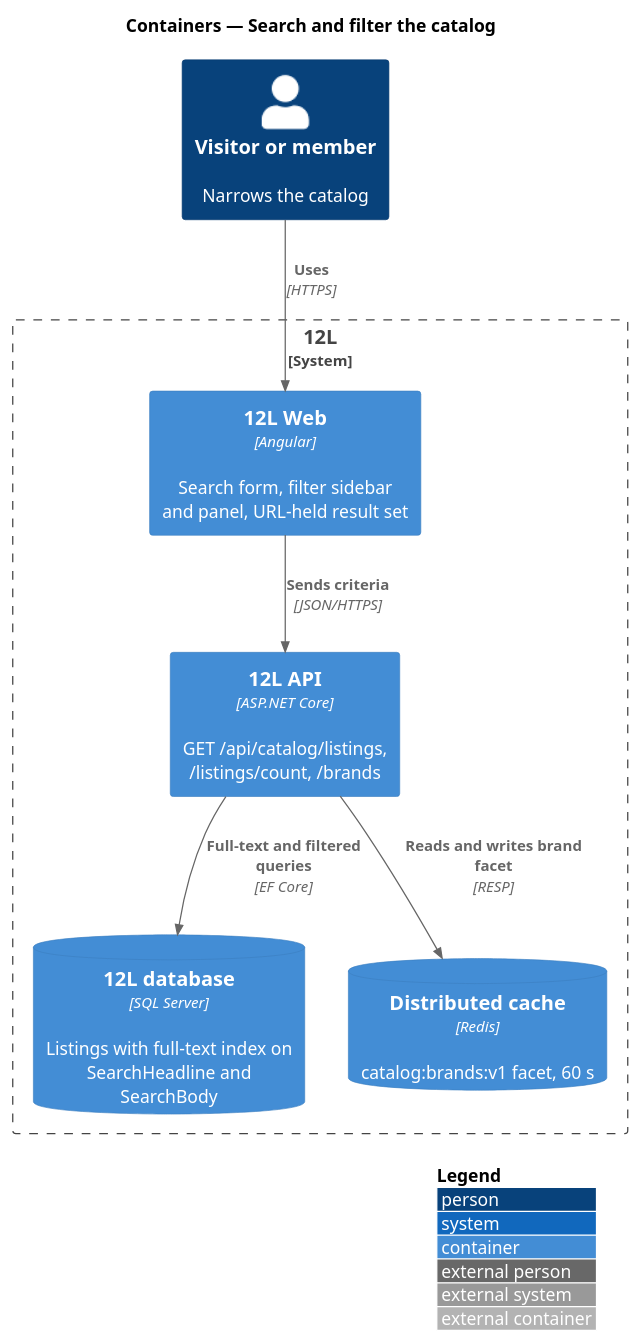
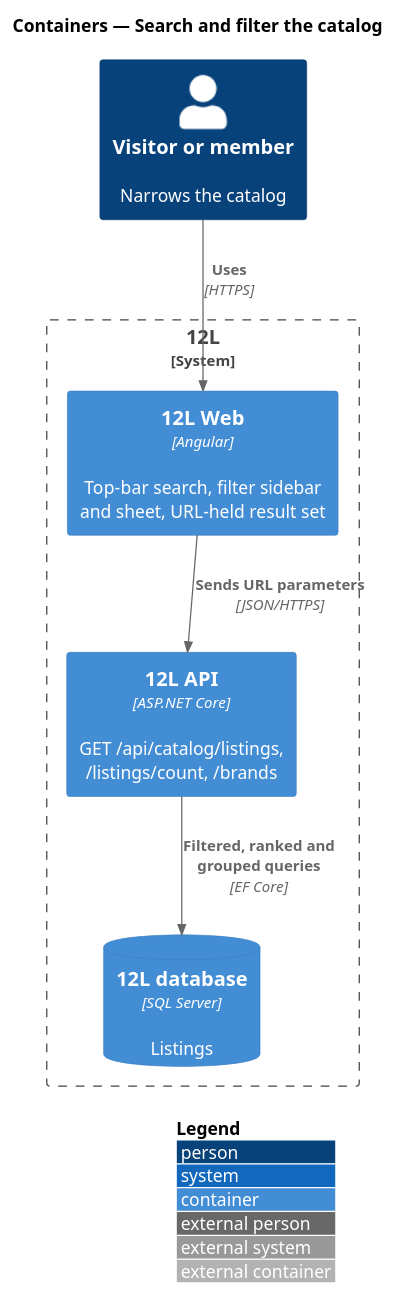
Before and after one commit to QuinntyneBrown/12l: the diagram in docs/detailed-designs/catalog/search-and-filter-catalog/diagrams/c4-container.puml, drawn with PlantUML. The commit also changed 67 other files, not shown here.

Commit message:
Document search-and-filter-catalog: design, ADR, design system, composition, L2, estimates

```diff
--- a/docs/detailed-designs/catalog/search-and-filter-catalog/diagrams/c4-container.puml
+++ b/docs/detailed-designs/catalog/search-and-filter-catalog/diagrams/c4-container.puml
@@ -1,17 +1,15 @@
 @startuml
 !include <C4/C4_Container>
 LAYOUT_WITH_LEGEND()
 title Containers — Search and filter the catalog
 
 Person(visitor, "Visitor or member", "Narrows the catalog")
 System_Boundary(twelvel, "12L") {
-  Container(web, "12L Web", "Angular", "Search form, filter sidebar and panel, URL-held result set")
+  Container(web, "12L Web", "Angular", "Top-bar search, filter sidebar and sheet, URL-held result set")
   Container(api, "12L API", "ASP.NET Core", "GET /api/catalog/listings, /listings/count, /brands")
-  ContainerDb(db, "12L database", "SQL Server", "Listings with full-text index on SearchHeadline and SearchBody")
-  ContainerDb(cache, "Distributed cache", "Redis", "catalog:brands:v1 facet, 60 s")
+  ContainerDb(db, "12L database", "SQL Server", "Listings")
 }
 Rel(visitor, web, "Uses", "HTTPS")
-Rel(web, api, "Sends criteria", "JSON/HTTPS")
-Rel(api, db, "Full-text and filtered queries", "EF Core")
-Rel(api, cache, "Reads and writes brand facet", "RESP")
+Rel(web, api, "Sends URL parameters", "JSON/HTTPS")
+Rel(api, db, "Filtered, ranked and grouped queries", "EF Core")
 @enduml
```
